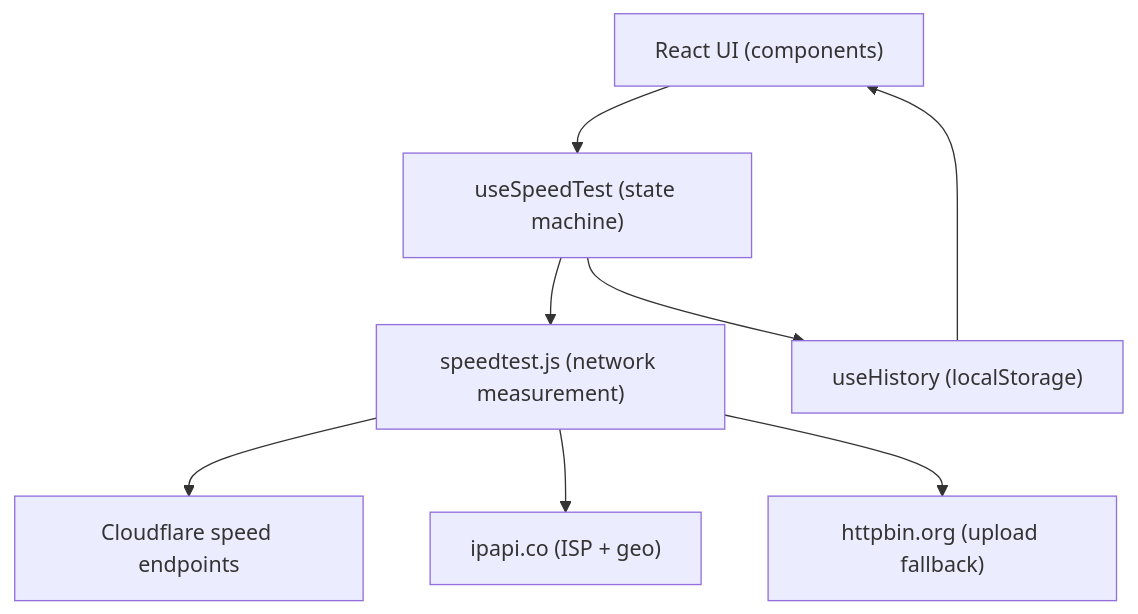
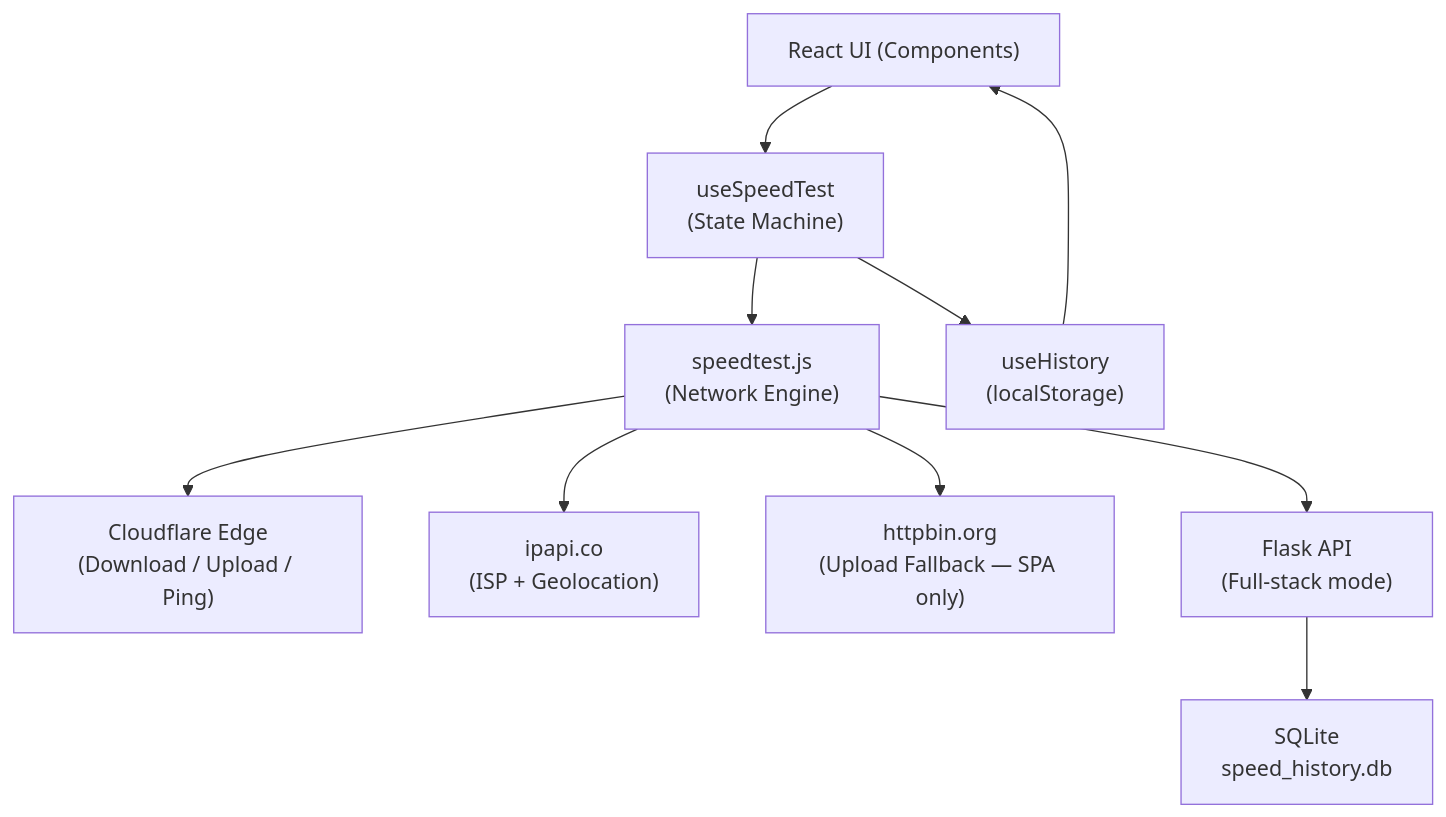
Before and after one commit to iragavarapunagaatchutaneelima/Internet-Speed-Test: the diagram in docs/PROJECT_REPORT.md, drawn with Mermaid. The commit also changed other lines of this file and 5 other files, not shown here.

````diff
--- a/docs/PROJECT_REPORT.md
+++ b/docs/PROJECT_REPORT.md
@@ -70,10 +121,12 @@
 ```mermaid
 flowchart TD
-  UI["React UI (components)"] --> HOOK["useSpeedTest (state machine)"]
-  HOOK --> ENGINE["speedtest.js (network measurement)"]
-  ENGINE --> CF["Cloudflare speed endpoints"]
-  ENGINE --> IPAPI["ipapi.co (ISP + geo)"]
-  ENGINE --> HTTPBIN["httpbin.org (upload fallback)"]
-  HOOK --> HIST["useHistory (localStorage)"]
+  UI["React UI (Components)"] --> HOOK["useSpeedTest\n(State Machine)"]
+  HOOK --> ENGINE["speedtest.js\n(Network Engine)"]
+  ENGINE --> CF["Cloudflare Edge\n(Download / Upload / Ping)"]
+  ENGINE --> IPAPI["ipapi.co\n(ISP + Geolocation)"]
+  ENGINE --> HTTPBIN["httpbin.org\n(Upload Fallback — SPA only)"]
+  HOOK --> HIST["useHistory\n(localStorage)"]
   HIST --> UI
+  ENGINE --> FLASK["Flask API\n(Full-stack mode)"]
+  FLASK --> SQLITE["SQLite\nspeed_history.db"]
 ```
````
